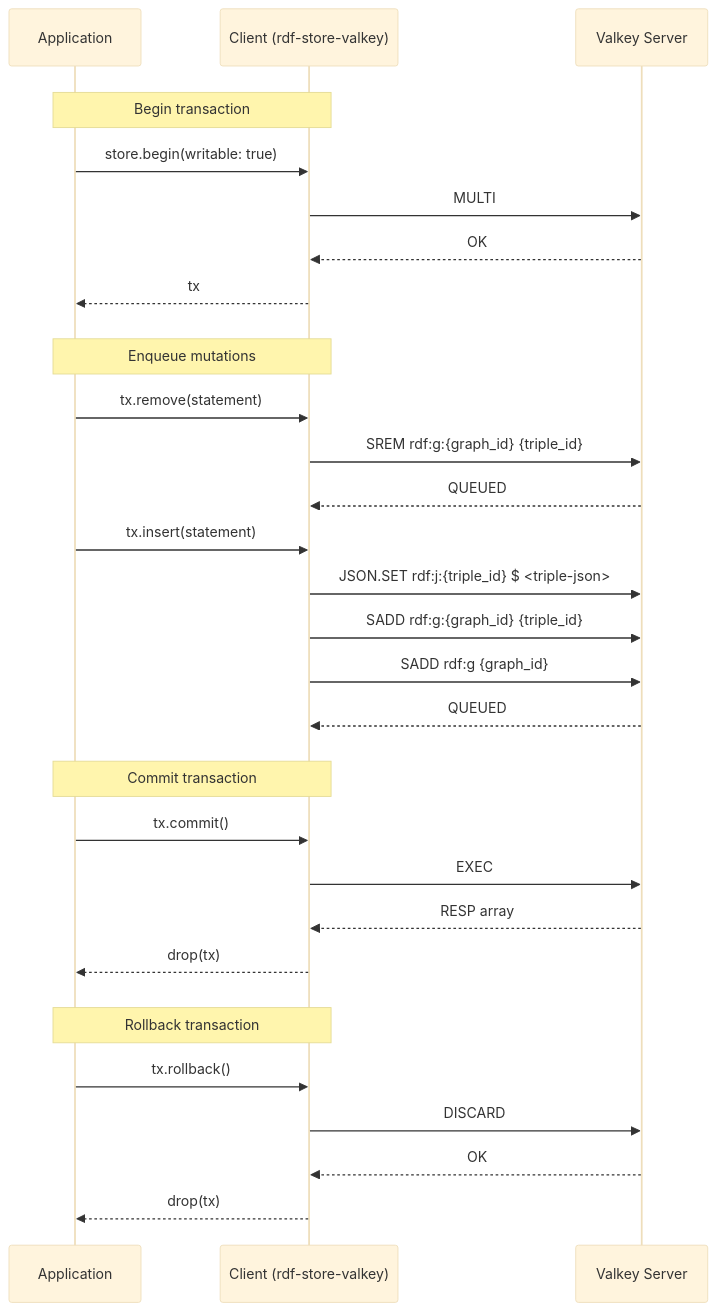
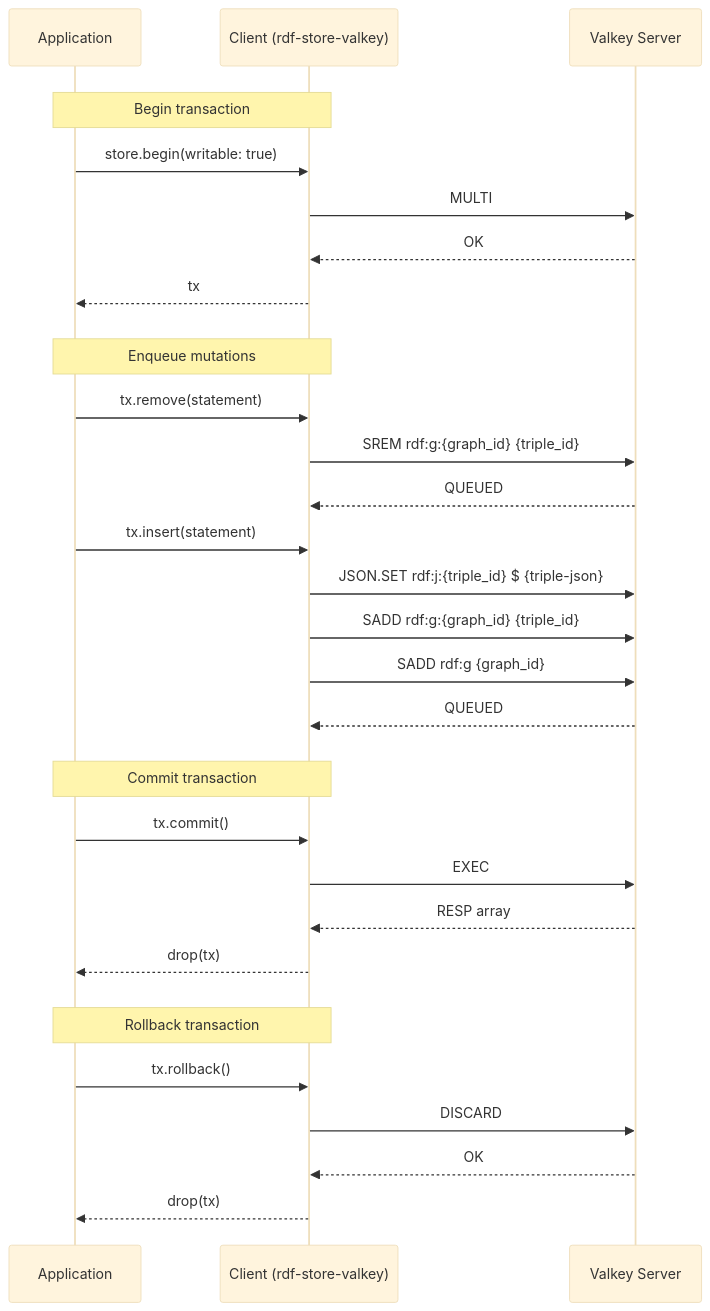
Before and after one commit to rust-rdf/rdf.rs: the fourth of 4 diagrams in lib/rdf-store-valkey/README.md, drawn with Mermaid (base theme). The commit also changed other lines of this file and 4 other files, not shown here.

Commit message:
Add Mermaid diagrams to inline docs.

````diff
--- a/lib/rdf-store-valkey/README.md
+++ b/lib/rdf-store-valkey/README.md
@@ -108,42 +108,42 @@
 ```mermaid
 sequenceDiagram
-    participant App as Application
-    participant Client as Client (rdf-store-valkey)
-    participant Valkey as Valkey Server
+  participant App as Application
+  participant Client as Client (rdf-store-valkey)
+  participant Valkey as Valkey Server
 
-    rect transparent
-    Note over App,Client: Begin transaction
-    App->>Client: store.begin(writable: true)
-    Client->>Valkey: MULTI
-    Valkey-->>Client: OK
-    Client-->>App: tx
-    end
+  rect transparent
+  Note over App,Client: Begin transaction
+  App->>Client: store.begin(writable: true)
+  Client->>Valkey: MULTI
+  Valkey-->>Client: OK
+  Client-->>App: tx
+  end
 
-    rect transparent
-    Note over App,Client: Enqueue mutations
-    App->>Client: tx.remove(statement)
-    Client->>Valkey: SREM rdf:g:{graph_id} {triple_id}
-    Valkey-->>Client: QUEUED
-    App->>Client: tx.insert(statement)
-    Client->>Valkey: JSON.SET rdf:j:{triple_id} $ <triple-json>
-    Client->>Valkey: SADD rdf:g:{graph_id} {triple_id}
-    Client->>Valkey: SADD rdf:g {graph_id}
-    Valkey-->>Client: QUEUED
-    end
+  rect transparent
+  Note over App,Client: Enqueue mutations
+  App->>Client: tx.remove(statement)
+  Client->>Valkey: SREM rdf:g:{graph_id} {triple_id}
+  Valkey-->>Client: QUEUED
+  App->>Client: tx.insert(statement)
+  Client->>Valkey: JSON.SET rdf:j:{triple_id} $ {triple-json}
+  Client->>Valkey: SADD rdf:g:{graph_id} {triple_id}
+  Client->>Valkey: SADD rdf:g {graph_id}
+  Valkey-->>Client: QUEUED
+  end
 
-    rect transparent
-    Note over App,Client: Commit transaction
-    App->>Client: tx.commit()
-    Client->>Valkey: EXEC
-    Valkey-->>Client: RESP array
-    Client-->>App: drop(tx)
-    end
+  rect transparent
+  Note over App,Client: Commit transaction
+  App->>Client: tx.commit()
+  Client->>Valkey: EXEC
+  Valkey-->>Client: RESP array
+  Client-->>App: drop(tx)
+  end
 
-    rect transparent
-    Note over App,Client: Rollback transaction
-    App->>Client: tx.rollback()
-    Client->>Valkey: DISCARD
-    Valkey-->>Client: OK
-    Client-->>App: drop(tx)
-    end
+  rect transparent
+  Note over App,Client: Rollback transaction
+  App->>Client: tx.rollback()
+  Client->>Valkey: DISCARD
+  Valkey-->>Client: OK
+  Client-->>App: drop(tx)
+  end
 ```
````
